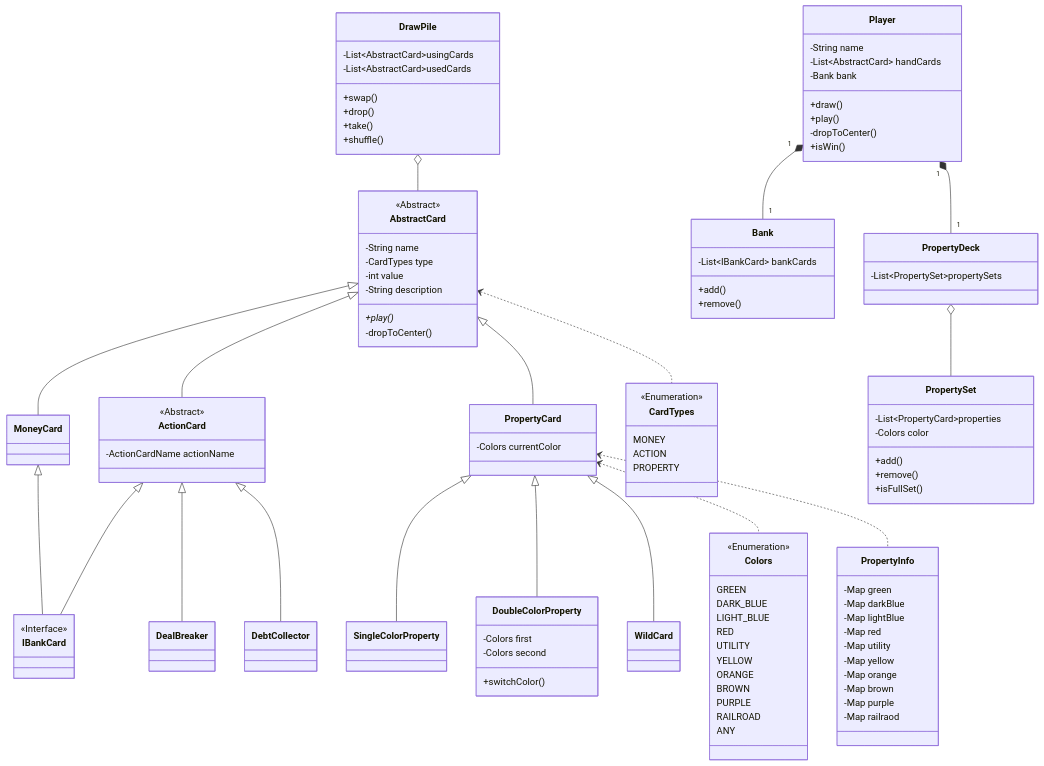
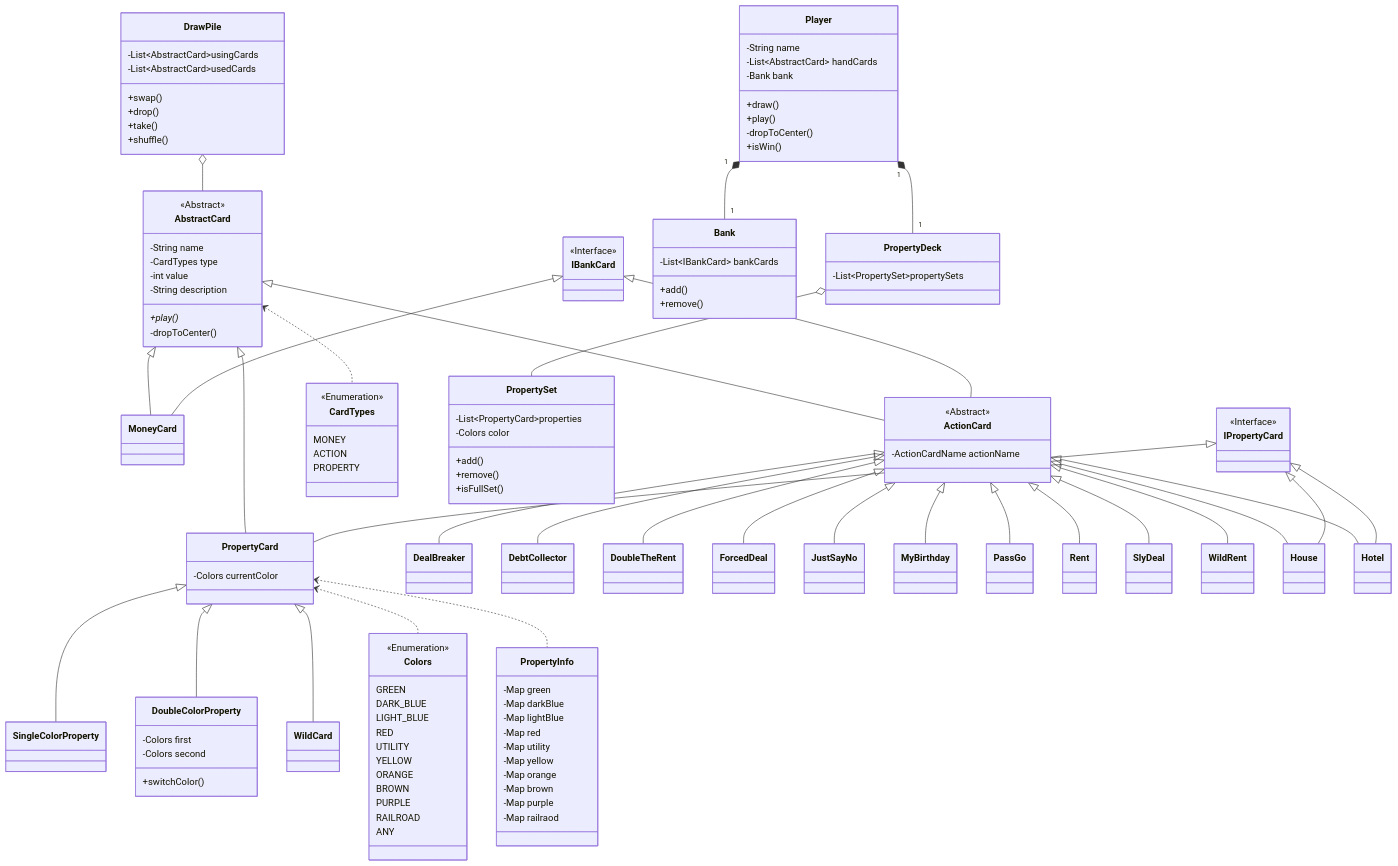
One commit to KelvinQiu802/comp2004 changed the third of 4 diagrams in README.md. Above: the diagram before and after it, drawn with Mermaid.

Commit message:
docs: update uml

````diff
--- a/README.md
+++ b/README.md
@@ -102,8 +102,8 @@
 	AbstractCard <|-- ActionCard
 	AbstractCard <|-- PropertyCard
 	AbstractCard <.. CardTypes
-	MoneyCard <|-- IBankCard
-	ActionCard <|-- IBankCard
+	IBankCard <|-- MoneyCard
+	IBankCard <|-- ActionCard
 	Player "1" *-- "1" Bank
   Player "1" *-- "1" PropertyDeck
 	DrawPile o-- AbstractCard
@@ -115,6 +115,19 @@
 	PropertyCard <.. PropertyInfo
 	ActionCard <|-- DealBreaker
 	ActionCard <|-- DebtCollector
+  ActionCard <|--	DoubleTheRent
+  ActionCard <|--	ForcedDeal
+  ActionCard <|--	JustSayNo
+  ActionCard <|--	MyBirthday
+  ActionCard <|--	PassGo
+  ActionCard <|--	Rent
+  ActionCard <|--	SlyDeal
+  ActionCard <|--	WildRent
+	ActionCard <|-- House
+	ActionCard <|-- Hotel
+	IPropertyCard <|-- House
+  IPropertyCard <|-- Hotel
+	IPropertyCard <|-- PropertyCard
 	
 	class AbstractCard{
 		<<Abstract>>
@@ -163,6 +176,10 @@
 	}
 	
 	class IBankCard{
+			<<Interface>>
+	}
+	
+	class IPropertyCard{
 			<<Interface>>
 	}
 		
@@ -226,4 +243,24 @@
 	class DealBreaker
 	
 	class DebtCollector
+	
+	class DoubleTheRent
+	
+	class ForcedDeal
+	
+	class JustSayNo
+	
+	class MyBirthday
+	
+	class PassGo
+	
+	class Rent
+	
+	class SlyDeal
+	
+	class WildRent
+	
+	class House
+	
+	class Hotel
 ```
````
